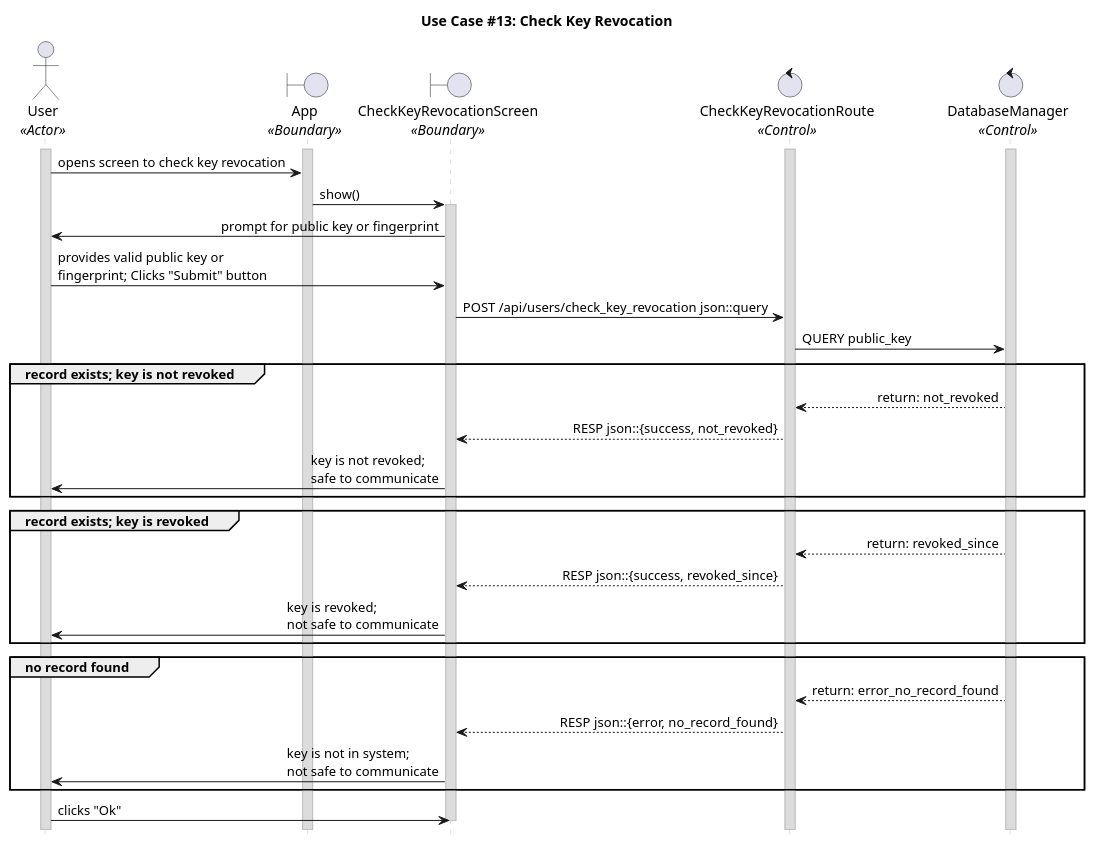
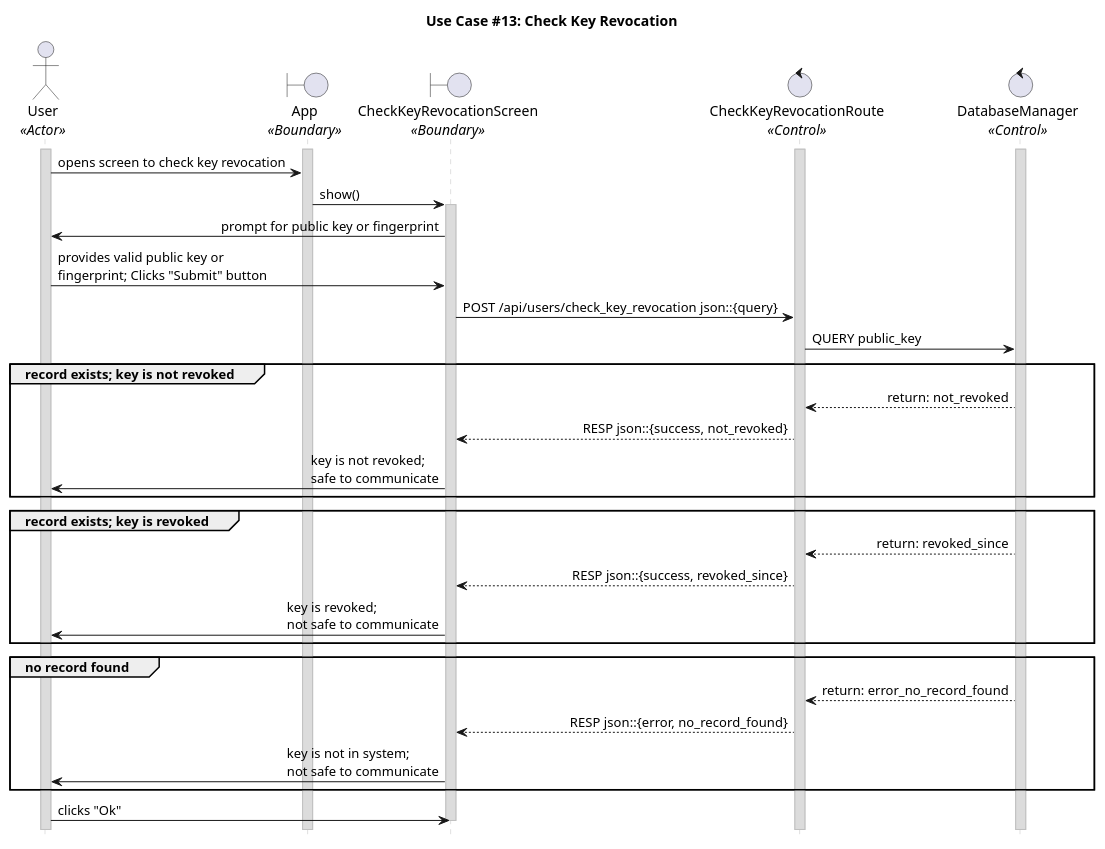
One commit to CECS-491-SP24-Group-1/seq-diagrams changed the diagram in uc_13.puml. Above: the diagram before and after it, drawn with PlantUML. The commit also changed 6 other files, not shown here.

```diff
--- a/uc_13.puml
+++ b/uc_13.puml
@@ -1,66 +1,66 @@
 @startuml uc13
 title "Use Case #13: Check Key Revocation"
 
 'Styling goes here
 hide footbox
 skinparam stereotypePosition bottom
 skinparam sequenceMessageAlign direction
 skinparam sequence {
 	LifeLineBorderColor #Silver
 	LifeLineBackgroundColor #Gainsboro
 }
 
 'Setup the objects involved here
 actor User as u <<Actor>>
 boundary App as a <<Boundary>>
 boundary CheckKeyRevocationScreen as krs <<Boundary>>
 control CheckKeyRevocationRoute as krr <<Control>>
 control DatabaseManager as dbm <<Control>>
 
 'Setup persistent objects here
 activate u
 activate a
 activate krr
 activate dbm
 
 '--- FLOW OF CONTROL STARTS HERE ---
 'The user sends the key to the server.
 u -> a: opens screen to check key revocation
 a -> krs: show()
 activate krs
 krs -> u: prompt for public key or fingerprint
 u -> krs: provides valid public key or \nfingerprint; Clicks "Submit" button
 
 'The server queries the revocation database for the key.
-krs -> krr: POST /api/users/check_key_revocation json::query
+krs -> krr: POST /api/users/check_key_revocation json::{query}
 krr -> dbm: QUERY public_key
 
 'The server responds back with the revocation status of the key.
 group record exists; key is not revoked
 
 	dbm --> krr: return: not_revoked
 	krr --> krs: RESP json::{success, not_revoked}
 	krs -> u: key is not revoked; \nsafe to communicate
 end
 group record exists; key is revoked
 
 	dbm --> krr: return: revoked_since
 	krr --> krs: RESP json::{success, revoked_since}
 	krs -> u: key is revoked; \nnot safe to communicate
 end
 
 'If no response from the database, then “indeterminate” is sent instead.
 group no record found
 
 	dbm --> krr: return: error_no_record_found
 	krr --> krs: RESP json::{error, no_record_found}
 	krs -> u: key is not in system; \nnot safe to communicate
 
 end
 
 'Cleanup
 u -> krs: clicks "Ok"
 deactivate krs
 '--- FLOW OF CONTROL ENDS HERE   ---
 
 @enduml
```
